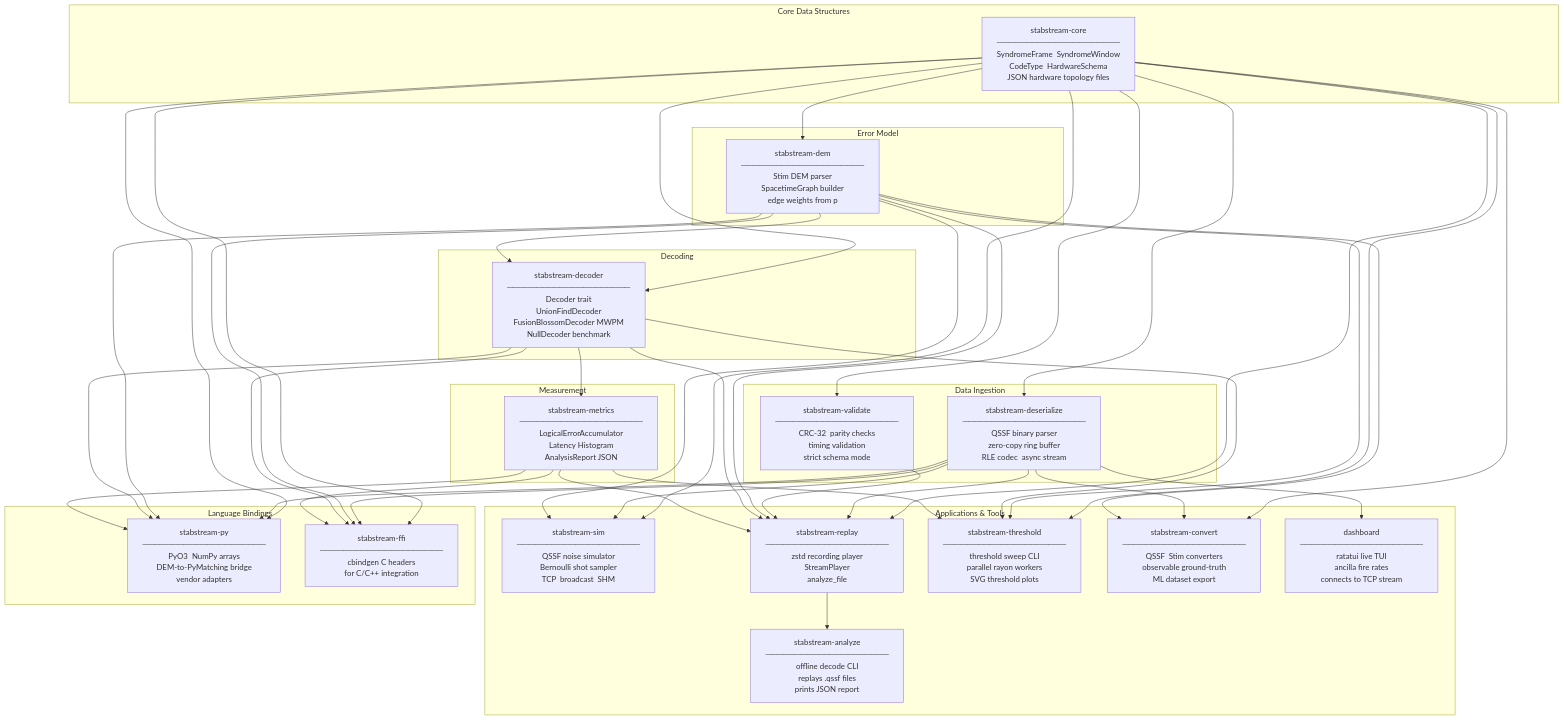
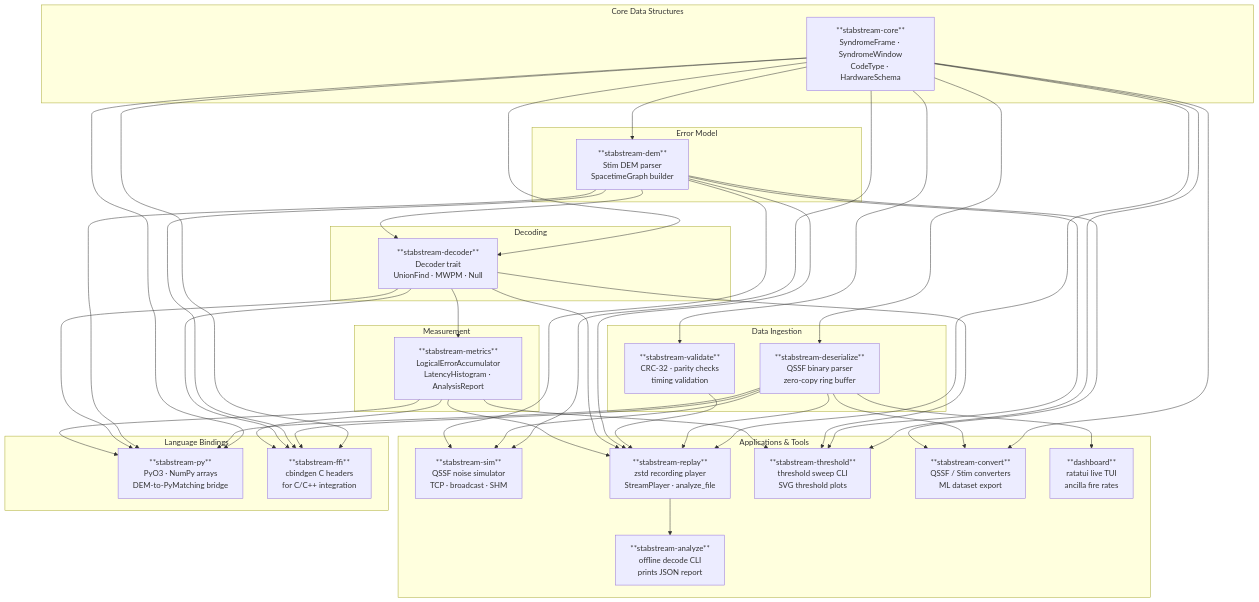
One commit to reggswilgoxson/stabstream changed the second of 5 diagrams in ARCHITECTURE.md. Above: the diagram before and after it, drawn with Mermaid. The commit also changed other lines of this file, not shown here.

First line of the commit message:
Fix Mermaid diagrams in ARCHITECTURE.md for correct rendering

````diff
--- a/ARCHITECTURE.md
+++ b/ARCHITECTURE.md
@@ -98,55 +98,57 @@
 ```mermaid
 flowchart TD
     subgraph foundation ["Core Data Structures"]
-        CORE["stabstream-core\n─────────────────────\nSyndromeFrame  SyndromeWindow\nCodeType  HardwareSchema\nJSON hardware topology files"]
+        CORE["**stabstream-core**<br/>SyndromeFrame · SyndromeWindow<br/>CodeType · HardwareSchema"]
     end
 
     subgraph model ["Error Model"]
-        DEM["stabstream-dem\n─────────────────────\nStim DEM parser\nSpacetimeGraph builder\nedge weights from p"]
+        DEM["**stabstream-dem**<br/>Stim DEM parser<br/>SpacetimeGraph builder"]
     end
 
     subgraph ingestion ["Data Ingestion"]
-        DESER["stabstream-deserialize\n─────────────────────\nQSSF binary parser\nzero-copy ring buffer\nRLE codec  async stream"]
-        VAL["stabstream-validate\n─────────────────────\nCRC-32  parity checks\ntiming validation\nstrict schema mode"]
+        DESER["**stabstream-deserialize**<br/>QSSF binary parser<br/>zero-copy ring buffer"]
+        VAL["**stabstream-validate**<br/>CRC-32 · parity checks<br/>timing validation"]
     end
 
     subgraph decoding ["Decoding"]
-        DECODER["stabstream-decoder\n─────────────────────\nDecoder trait\nUnionFindDecoder\nFusionBlossomDecoder MWPM\nNullDecoder benchmark"]
+        DECODER["**stabstream-decoder**<br/>Decoder trait<br/>UnionFind · MWPM · Null"]
     end
 
     subgraph measurement ["Measurement"]
-        METRICS["stabstream-metrics\n─────────────────────\nLogicalErrorAccumulator\nLatency Histogram\nAnalysisReport JSON"]
+        METRICS["**stabstream-metrics**<br/>LogicalErrorAccumulator<br/>LatencyHistogram · AnalysisReport"]
     end
 
     subgraph applications ["Applications & Tools"]
-        SIM["stabstream-sim\n─────────────────────\nQSSF noise simulator\nBernoulli shot sampler\nTCP  broadcast  SHM"]
-        REPLAY["stabstream-replay\n─────────────────────\nzstd recording player\nStreamPlayer\nanalyze_file"]
-        ANALYZE["stabstream-analyze\n─────────────────────\noffline decode CLI\nreplays .qssf files\nprints JSON report"]
-        THRESH["stabstream-threshold\n─────────────────────\nthreshold sweep CLI\nparallel rayon workers\nSVG threshold plots"]
-        CONVERT["stabstream-convert\n─────────────────────\nQSSF  Stim converters\nobservable ground-truth\nML dataset export"]
-        DASH["dashboard\n─────────────────────\nratatui live TUI\nancilla fire rates\nconnects to TCP stream"]
+        SIM["**stabstream-sim**<br/>QSSF noise simulator<br/>TCP · broadcast · SHM"]
+        REPLAY["**stabstream-replay**<br/>zstd recording player<br/>StreamPlayer · analyze_file"]
+        ANALYZE["**stabstream-analyze**<br/>offline decode CLI<br/>prints JSON report"]
+        THRESH["**stabstream-threshold**<br/>threshold sweep CLI<br/>SVG threshold plots"]
+        CONVERT["**stabstream-convert**<br/>QSSF / Stim converters<br/>ML dataset export"]
+        DASH["**dashboard**<br/>ratatui live TUI<br/>ancilla fire rates"]
     end
 
     subgraph bindings ["Language Bindings"]
-        PY["stabstream-py\n─────────────────────\nPyO3  NumPy arrays\nDEM-to-PyMatching bridge\nvendor adapters"]
-        FFI["stabstream-ffi\n─────────────────────\ncbindgen C headers\nfor C/C++ integration"]
+        PY["**stabstream-py**<br/>PyO3 · NumPy arrays<br/>DEM-to-PyMatching bridge"]
+        FFI["**stabstream-ffi**<br/>cbindgen C headers<br/>for C/C++ integration"]
     end
 
-    CORE --> DESER
-    CORE --> VAL
-    CORE --> DEM
-    CORE --> DECODER
+    CORE --> DESER & VAL & DEM & DECODER
     DEM  --> DECODER
     DECODER --> METRICS
 
-    CORE & DESER & VAL & DEM & DECODER & METRICS --> REPLAY
+    CORE --> REPLAY
+    DESER --> REPLAY
+    VAL --> REPLAY
+    DEM --> REPLAY
+    DECODER --> REPLAY
+    METRICS --> REPLAY
     REPLAY --> ANALYZE
 
     CORE & DEM & DECODER & METRICS --> THRESH
     CORE & DESER & DEM --> SIM
     CORE & DESER & DEM --> CONVERT
     DESER --> DASH
 
     CORE & DESER & DEM & DECODER & METRICS --> PY
     CORE & DESER & DEM & DECODER & METRICS --> FFI
 ```
````
